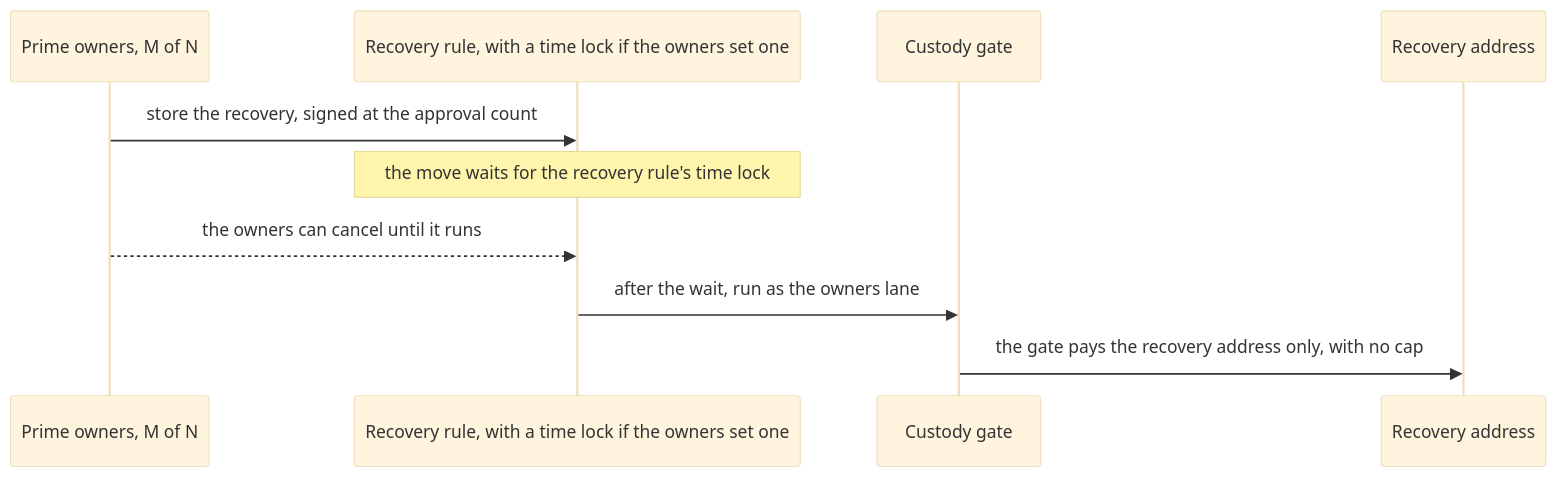
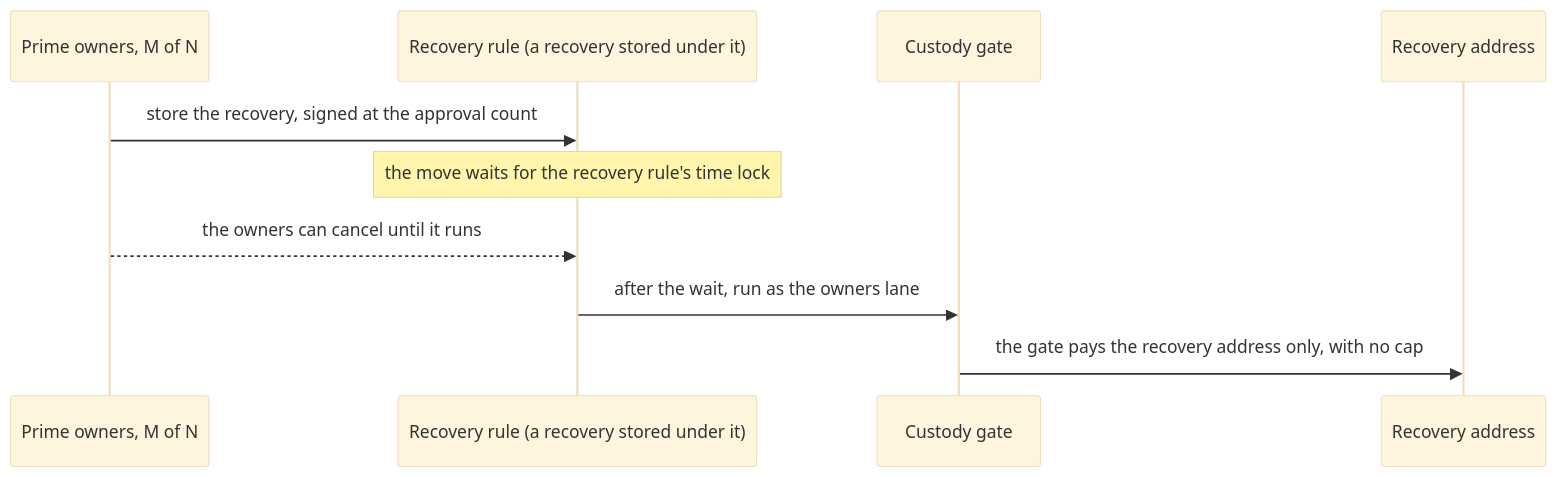
The seventh of 14 diagrams in contracts/prime/solana/README-architecture.md (untangledfinance/oz-policy-builder), drawn with Mermaid (base theme) before and after one commit. The commit also changed other lines of this file and 1 other file, not shown here.

First line of the commit message:
docs(prime-solana): scope the recovery wait to the gate-card recovery, and add the units and Lapsed fold

````diff
--- a/contracts/prime/solana/README-architecture.md
+++ b/contracts/prime/solana/README-architecture.md
@@ -468,12 +470,12 @@
 ```mermaid
 sequenceDiagram
   participant O as Prime owners, M of N
-  participant S as Recovery rule, with a time lock if the owners set one
+  participant S as Recovery rule (a recovery stored under it)
   participant G as Custody gate
   participant R as Recovery address
   O->>S: store the recovery, signed at the approval count
   Note over S: the move waits for the recovery rule's time lock
   O-->>S: the owners can cancel until it runs
   S->>G: after the wait, run as the owners lane
   G->>R: the gate pays the recovery address only, with no cap
 ```
````
